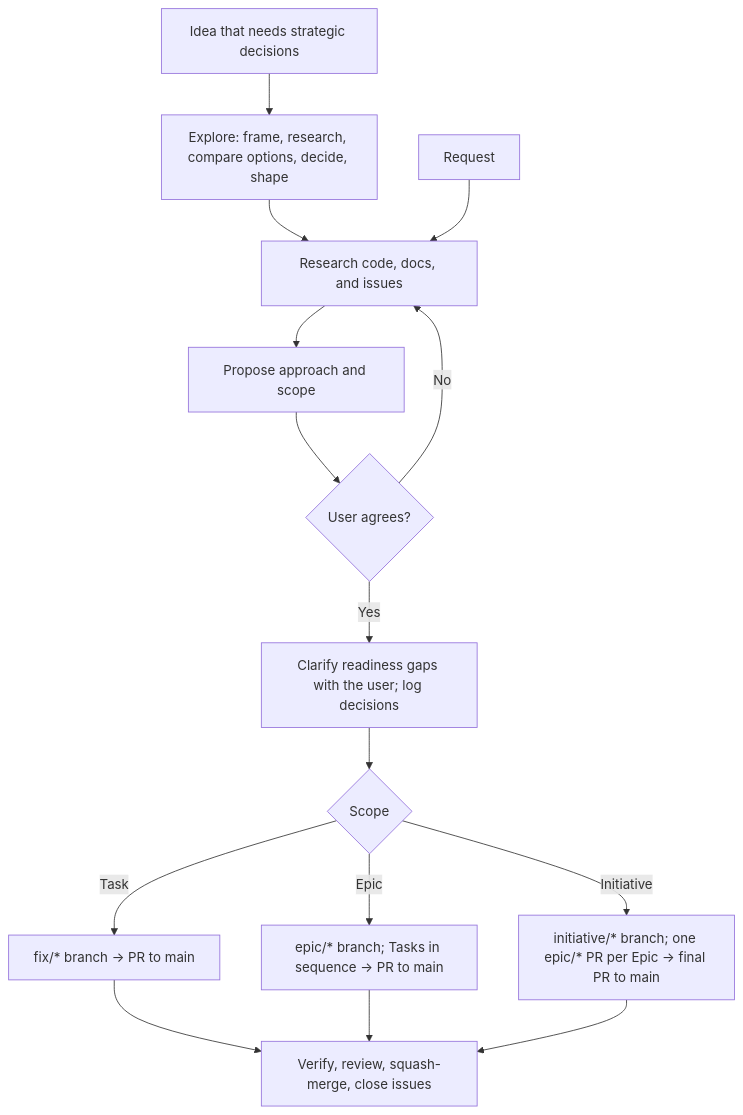
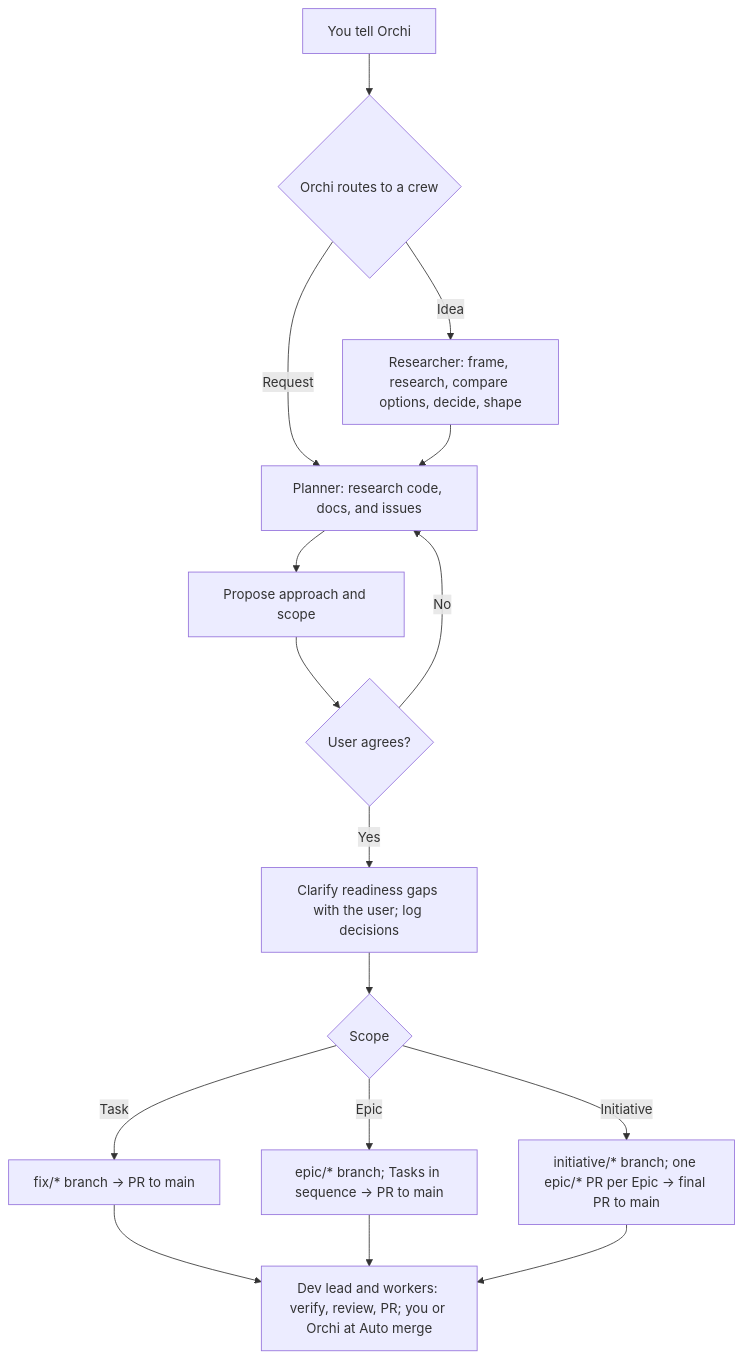
The diagram in README.md (nkhus/orchi), drawn with Mermaid before and after one commit. The commit also changed other lines of this file and 24 other files, not shown here.

````diff
--- a/README.md
+++ b/README.md
@@ -59,17 +61,18 @@
 ```mermaid
 flowchart TD
-    X[Idea that needs strategic decisions] --> Y[Explore: frame, research, compare options, decide, shape]
-    Y --> B
-    A[Request] --> B[Research code, docs, and issues]
+    O[You tell Orchi] --> R{Orchi routes to a crew}
+    R -->|Idea| Y[Researcher: frame, research, compare options, decide, shape]
+    R -->|Request| B
+    Y --> B[Planner: research code, docs, and issues]
     B --> C[Propose approach and scope]
     C --> D{User agrees?}
     D -->|No| B
     D -->|Yes| Q[Clarify readiness gaps with the user; log decisions]
     Q --> E{Scope}
     E -->|Task| F[fix/* branch → PR to main]
     E -->|Epic| G[epic/* branch; Tasks in sequence → PR to main]
     E -->|Initiative| H[initiative/* branch; one epic/* PR per Epic → final PR to main]
-    F --> I[Verify, review, squash-merge, close issues]
+    F --> I[Dev lead and workers: verify, review, PR; you or Orchi at Auto merge]
     G --> I
     H --> I
 ```
````
